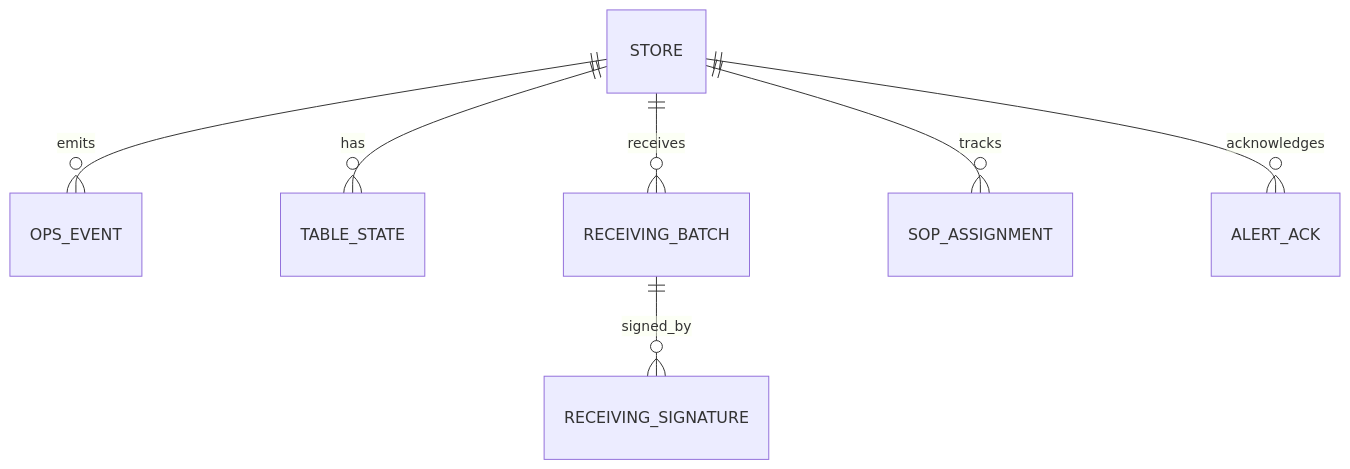
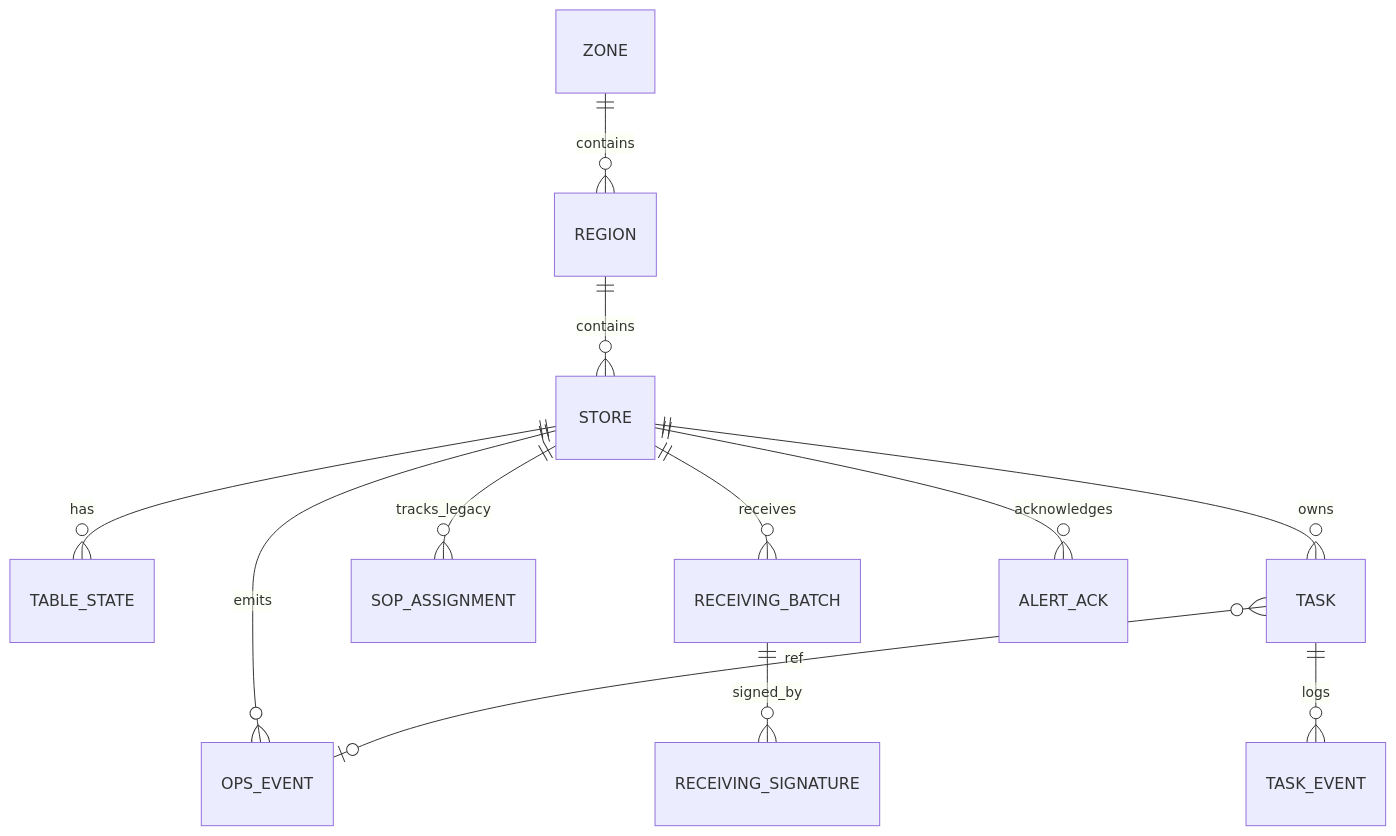
Before and after one commit to yuanmajun29-collab/hotpot_smart_ops: the diagram in docs/architecture_data_model_phase1.md, drawn with Mermaid. The commit also changed other lines of this file and 11 other files, not shown here.

First line of the commit message:
docs: align product and architecture specs to ~100%

````diff
--- a/docs/architecture_data_model_phase1.md
+++ b/docs/architecture_data_model_phase1.md
@@ -185,9 +260,14 @@
 ```mermaid
 erDiagram
     STORE ||--o{ OPS_EVENT : emits
     STORE ||--o{ TABLE_STATE : has
     STORE ||--o{ RECEIVING_BATCH : receives
     RECEIVING_BATCH ||--o{ RECEIVING_SIGNATURE : signed_by
-    STORE ||--o{ SOP_ASSIGNMENT : tracks
+    STORE ||--o{ SOP_ASSIGNMENT : tracks_legacy
+    STORE ||--o{ TASK : owns
+    TASK ||--o{ TASK_EVENT : logs
+    TASK }o--o| OPS_EVENT : ref
     STORE ||--o{ ALERT_ACK : acknowledges
+    ZONE ||--o{ REGION : contains
+    REGION ||--o{ STORE : contains
 ```
````
